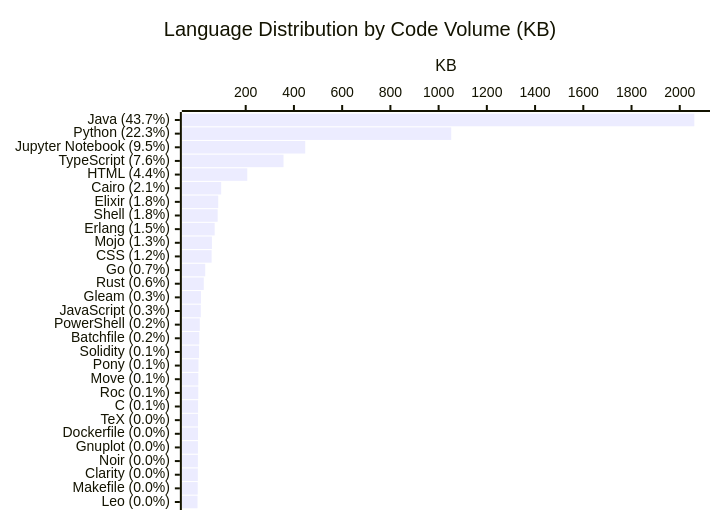
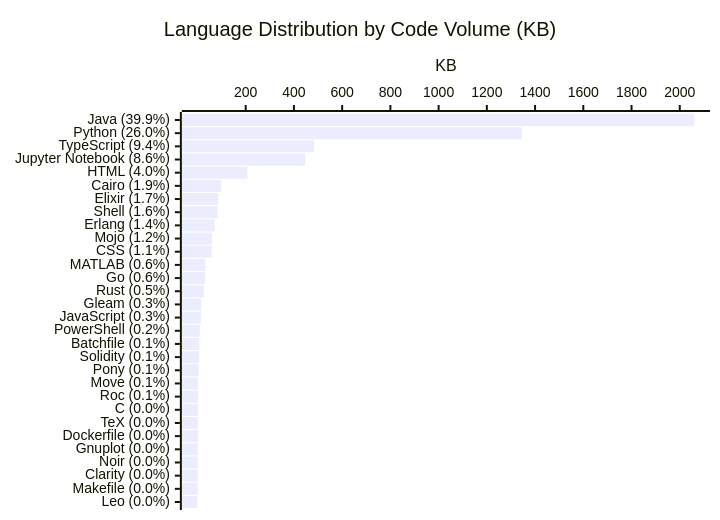
Before and after one commit to KathiraveluLab/.github: the diagram in profile/README.md, drawn with Mermaid. The commit also changed other lines of this file and 1 other file, not shown here.

````diff
--- a/profile/README.md
+++ b/profile/README.md
@@ -64,7 +64,7 @@
 ```mermaid
 xychart-beta horizontal
     title "Language Distribution by Code Volume (KB)"
-    x-axis ["Java (43.7%)", "Python (22.3%)", "Jupyter Notebook (9.5%)", "TypeScript (7.6%)", "HTML (4.4%)", "Cairo (2.1%)", "Elixir (1.8%)", "Shell (1.8%)", "Erlang (1.5%)", "Mojo (1.3%)", "CSS (1.2%)", "Go (0.7%)", "Rust (0.6%)", "Gleam (0.3%)", "JavaScript (0.3%)", "PowerShell (0.2%)", "Batchfile (0.2%)", "Solidity (0.1%)", "Pony (0.1%)", "Move (0.1%)", "Roc (0.1%)", "C (0.1%)", "TeX (0.0%)", "Dockerfile (0.0%)", "Gnuplot (0.0%)", "Noir (0.0%)", "Clarity (0.0%)", "Makefile (0.0%)", "Leo (0.0%)"]
+    x-axis ["Java (39.9%)", "Python (26.0%)", "TypeScript (9.4%)", "Jupyter Notebook (8.6%)", "HTML (4.0%)", "Cairo (1.9%)", "Elixir (1.7%)", "Shell (1.6%)", "Erlang (1.4%)", "Mojo (1.2%)", "CSS (1.1%)", "MATLAB (0.6%)", "Go (0.6%)", "Rust (0.5%)", "Gleam (0.3%)", "JavaScript (0.3%)", "PowerShell (0.2%)", "Batchfile (0.1%)", "Solidity (0.1%)", "Pony (0.1%)", "Move (0.1%)", "Roc (0.1%)", "C (0.0%)", "TeX (0.0%)", "Dockerfile (0.0%)", "Gnuplot (0.0%)", "Noir (0.0%)", "Clarity (0.0%)", "Makefile (0.0%)", "Leo (0.0%)"]
     y-axis "KB"
-    bar [2060.38, 1052.29, 446.9, 356.81, 206.55, 98.21, 85.96, 83.7, 71.37, 59.95, 58.73, 32.03, 26.08, 14.61, 13.89, 9.6, 7.42, 6.65, 4.14, 3.54, 3.37, 2.58, 2.29, 2.01, 1.82, 1.55, 1.53, 0.99, 0.27]
+    bar [2060.38, 1345.16, 483.75, 446.9, 207.27, 98.21, 85.96, 83.7, 71.37, 59.95, 58.73, 33.04, 32.03, 26.08, 14.61, 13.89, 9.6, 7.42, 6.65, 4.14, 3.54, 3.37, 2.58, 2.29, 2.01, 1.82, 1.55, 1.53, 0.99, 0.27]
 ```
````
